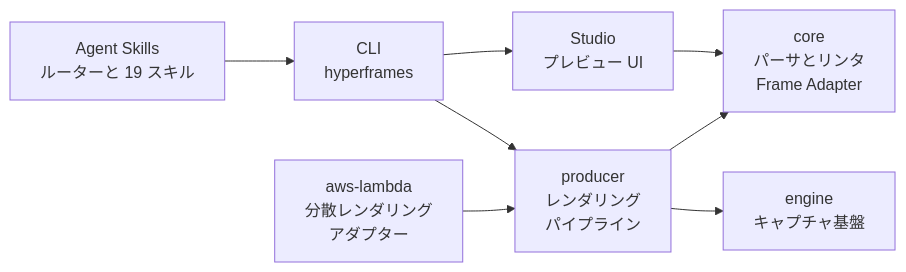
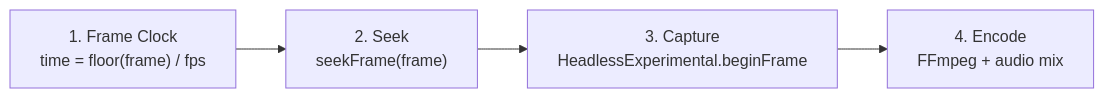
Before and after one commit to suwa-sh/zenn-contents: the second of 3 diagrams in articles/hyperframes-framework-runtime_20260727.md, drawn with Mermaid. The commit also changed other lines of this file, not shown here.

Commit message:
docs: update Zenn draft hyperframes-framework-runtime_20260727

````diff
--- a/articles/hyperframes-framework-runtime_20260727.md
+++ b/articles/hyperframes-framework-runtime_20260727.md
@@ -177,18 +110,11 @@
 ```mermaid
 graph LR
-    skills["Agent Skills<br/>ルーターと 19 スキル"]
-    cli["CLI<br/>hyperframes"]
-    studio["Studio<br/>プレビュー UI"]
-    core["core<br/>パーサとリンタ<br/>Frame Adapter"]
-    engine["engine<br/>キャプチャ基盤"]
-    producer["producer<br/>レンダリング<br/>パイプライン"]
-    lambda["aws-lambda<br/>分散レンダリング<br/>アダプター"]
+    clock["1. Frame Clock<br/>time = floor(frame) / fps"]
+    seek["2. Seek<br/>seekFrame(frame)"]
+    capture["3. Capture<br/>HeadlessExperimental.beginFrame"]
+    encode["4. Encode<br/>FFmpeg + audio mix"]
 
-    skills --> cli
-    cli --> studio
-    cli --> producer
-    studio --> core
-    producer --> core
-    producer --> engine
-    lambda --> producer
+    clock --> seek
+    seek --> capture
+    capture --> encode
 ```
````
